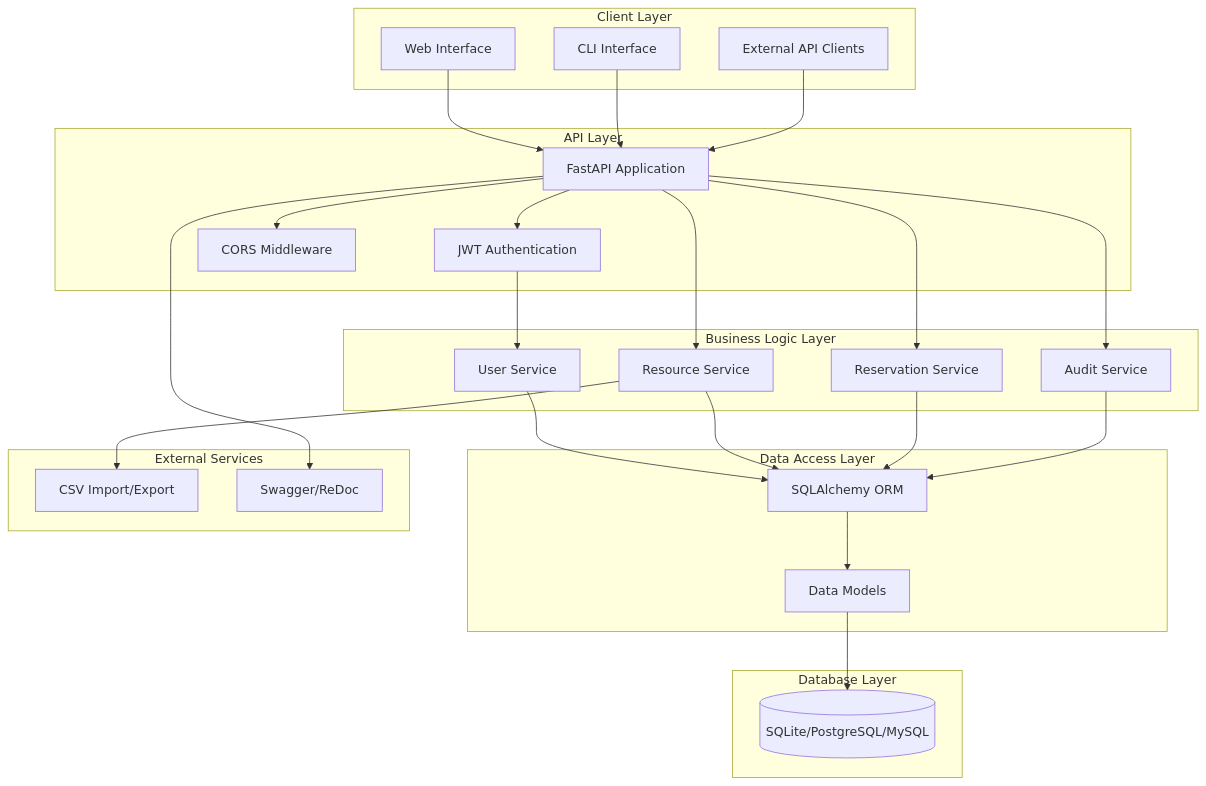
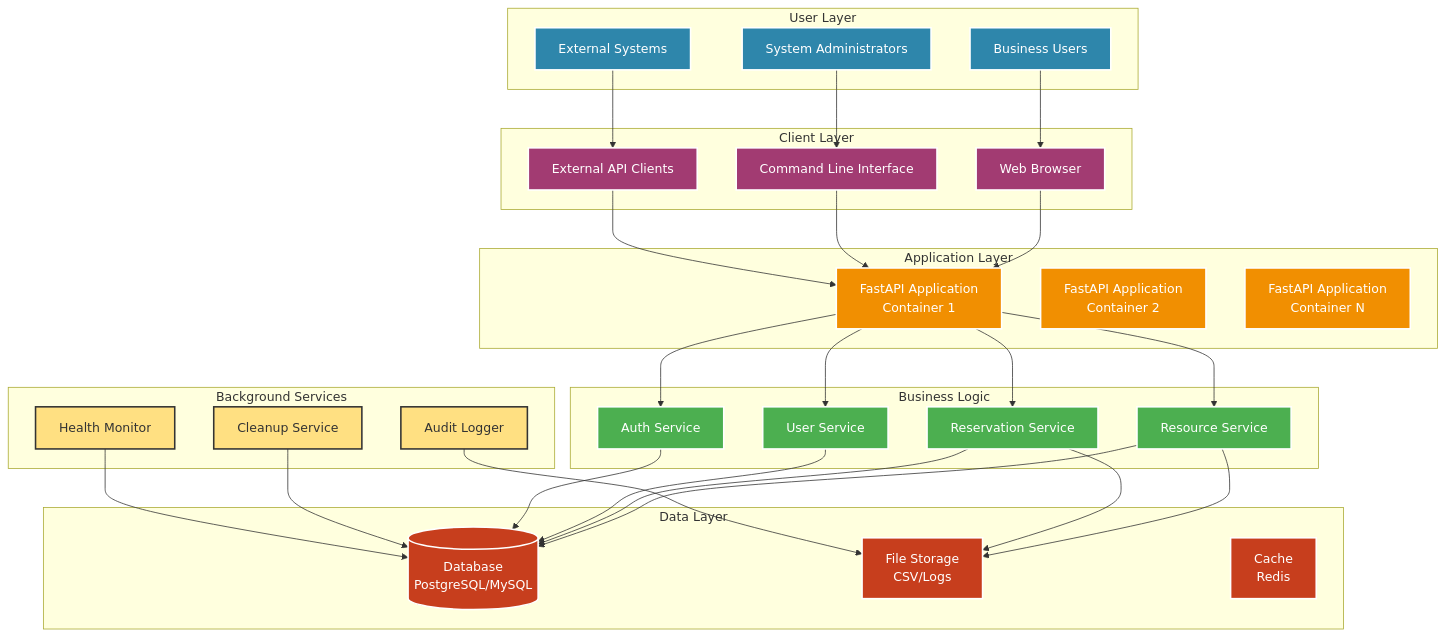
Before and after one commit to sylvester-francis/Resource-Reserver: the diagram in README.md, drawn with Mermaid. The commit also changed other lines of this file and 27 other files, not shown here.

````diff
--- a/README.md
+++ b/README.md
@@ -117,58 +50,85 @@
 ```mermaid
 graph TB
+    subgraph "User Layer"
+        U1[Business Users]
+        U2[System Administrators]
+        U3[External Systems]
+    end
+    
     subgraph "Client Layer"
-        WEB[Web Interface]
-        CLI[CLI Interface]
-        API_CLIENT[External API Clients]
+        WEB[Web Browser]
+        CLI[Command Line Interface]
+        API[External API Clients]
     end
-
-    subgraph "API Layer"
-        FASTAPI[FastAPI Application]
-        AUTH[JWT Authentication]
-        CORS[CORS Middleware]
+    
+    
+    subgraph "Application Layer"
+        APP1[FastAPI Application<br/>Container 1]
+        APP2[FastAPI Application<br/>Container 2]
+        APP3[FastAPI Application<br/>Container N]
     end
-
-    subgraph "Business Logic Layer"
-        USER_SERVICE[User Service]
-        RESOURCE_SERVICE[Resource Service]
-        RESERVATION_SERVICE[Reservation Service]
-        AUDIT_SERVICE[Audit Service]
+    
+    subgraph "Business Logic"
+        RS[Resource Service]
+        ReS[Reservation Service]
+        US[User Service]
+        AS[Auth Service]
     end
-
-    subgraph "Data Access Layer"
-        ORM[SQLAlchemy ORM]
-        MODELS[Data Models]
+    
+    subgraph "Data Layer"
+        DB[(Database<br/>PostgreSQL/MySQL)]
+        FS[File Storage<br/>CSV/Logs]
+        CACHE[Cache<br/>Redis]
     end
-
-    subgraph "Database Layer"
-        DB[(SQLite/PostgreSQL/MySQL)]
+    
+    subgraph "Background Services"
+        CLEANUP[Cleanup Service]
+        MONITOR[Health Monitor]
+        AUDIT[Audit Logger]
     end
-
-    subgraph "External Services"
-        CSV[CSV Import/Export]
-        DOCS[Swagger/ReDoc]
-    end
-
-    WEB --> FASTAPI
-    CLI --> FASTAPI
-    API_CLIENT --> FASTAPI
-
-    FASTAPI --> AUTH
-    FASTAPI --> CORS
-
-    AUTH --> USER_SERVICE
-    FASTAPI --> RESOURCE_SERVICE
-    FASTAPI --> RESERVATION_SERVICE
-    FASTAPI --> AUDIT_SERVICE
-
-    USER_SERVICE --> ORM
-    RESOURCE_SERVICE --> ORM
-    RESERVATION_SERVICE --> ORM
-    AUDIT_SERVICE --> ORM
-
-    ORM --> MODELS
-    MODELS --> DB
-
-    RESOURCE_SERVICE --> CSV
-    FASTAPI --> DOCS
+    
+    %% User connections
+    U1 --> WEB
+    U2 --> CLI
+    U3 --> API
+    
+    %% Client to applications
+    WEB --> APP1
+    CLI --> APP1
+    API --> APP1
+    
+    %% Applications to services
+    APP1 --> RS
+    APP1 --> ReS
+    APP1 --> US
+    APP1 --> AS
+    
+    %% Services to data
+    RS --> DB
+    ReS --> DB
+    US --> DB
+    AS --> DB
+    
+    RS --> FS
+    ReS --> FS
+    
+    %% Background services
+    CLEANUP --> DB
+    MONITOR --> DB
+    AUDIT --> FS
+    
+    %% Styling
+    classDef userClass fill:#2E86AB,stroke:#fff,stroke-width:2px,color:#fff
+    classDef clientClass fill:#A23B72,stroke:#fff,stroke-width:2px,color:#fff
+    classDef appClass fill:#F18F01,stroke:#fff,stroke-width:2px,color:#fff
+    classDef serviceClass fill:#4CAF50,stroke:#fff,stroke-width:2px,color:#fff
+    classDef dataClass fill:#C73E1D,stroke:#fff,stroke-width:2px,color:#fff
+    classDef bgClass fill:#FFE082,stroke:#333,stroke-width:2px
+    
+    class U1,U2,U3 userClass
+    class WEB,CLI,API clientClass
+    class APP1,APP2,APP3 appClass
+    class RS,ReS,US,AS serviceClass
+    class DB,FS,CACHE dataClass
+    class CLEANUP,MONITOR,AUDIT bgClass
 ```
````
